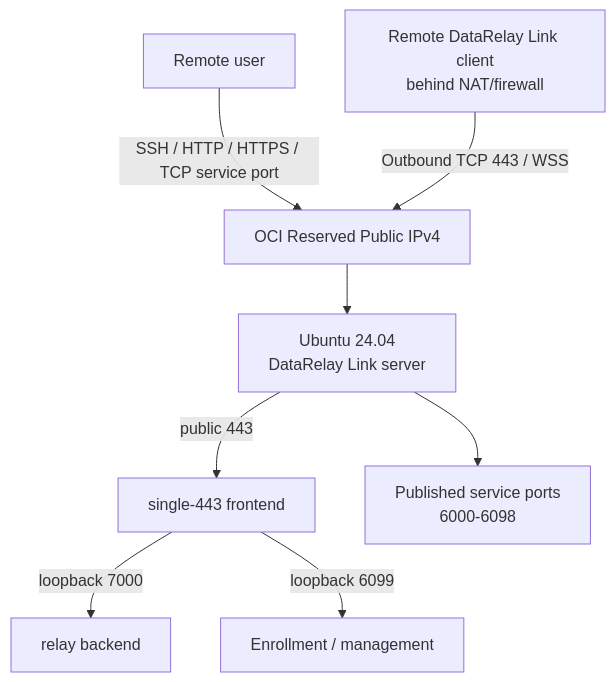
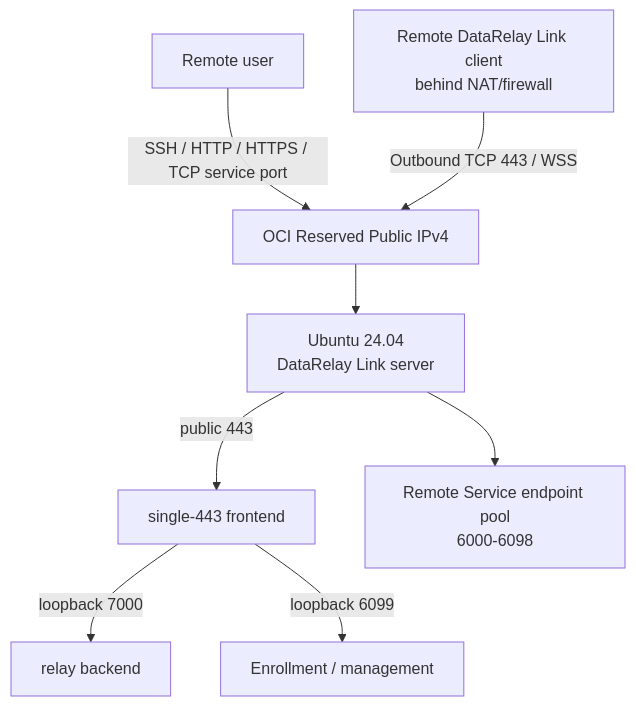
Before and after one commit to datarelay-labs/datarelay-link-docs: the diagram in getting-started/oci-free-tier-server.mdx, drawn with Mermaid. The commit also changed other lines of this file and 72 other files, not shown here.

````diff
--- a/getting-started/oci-free-tier-server.mdx
+++ b/getting-started/oci-free-tier-server.mdx
@@ -27,10 +27,10 @@
 ```mermaid
 flowchart TD
     U[Remote user] -->|SSH / HTTP / HTTPS / TCP service port| PUB[OCI Reserved Public IPv4]
     C[Remote DataRelay Link client\nbehind NAT/firewall] -->|Outbound TCP 443 / WSS| PUB
     PUB --> VM[Ubuntu 24.04\nDataRelay Link server]
     VM -->|public 443| FE[single-443 frontend]
     FE -->|loopback 7000| RS[relay backend]
     FE -->|loopback 6099| ENR[Enrollment / management]
-    VM --> PORTS[Published service ports\n6000-6098]
+    VM --> PORTS[Remote Service endpoint pool\n6000-6098]
 ```
````
